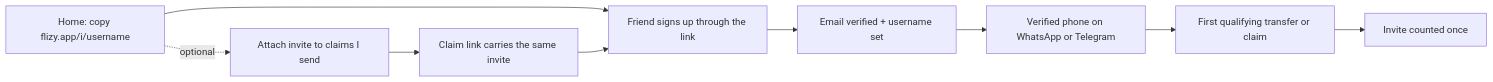
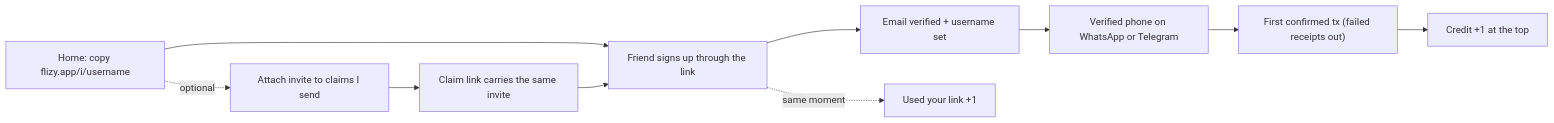
One commit to rudazy/flizy changed the fourth of 5 diagrams in README.md. Above: the diagram before and after it, drawn with Mermaid. The commit also changed other lines of this file and 11 other files, not shown here.

Commit message:
show invite credit on Home

````diff
--- a/README.md
+++ b/README.md
@@ -218,11 +218,12 @@
 ```mermaid
 flowchart LR
   S["Home: copy flizy.app/i/username"] --> J["Friend signs up through the link"]
   J --> O["Email verified + username set"]
   O --> P["Verified phone on WhatsApp or Telegram"]
-  P --> T["First qualifying transfer or claim"]
-  T --> C["Invite counted once"]
+  P --> T["First confirmed tx (failed receipts out)"]
+  T --> C["Credit +1 at the top"]
+  J -.->|same moment| U["Used your link +1"]
   S -.->|optional| K["Attach invite to claims I send"]
   K --> E["Claim link carries the same invite"]
   E --> J
 ```
````
